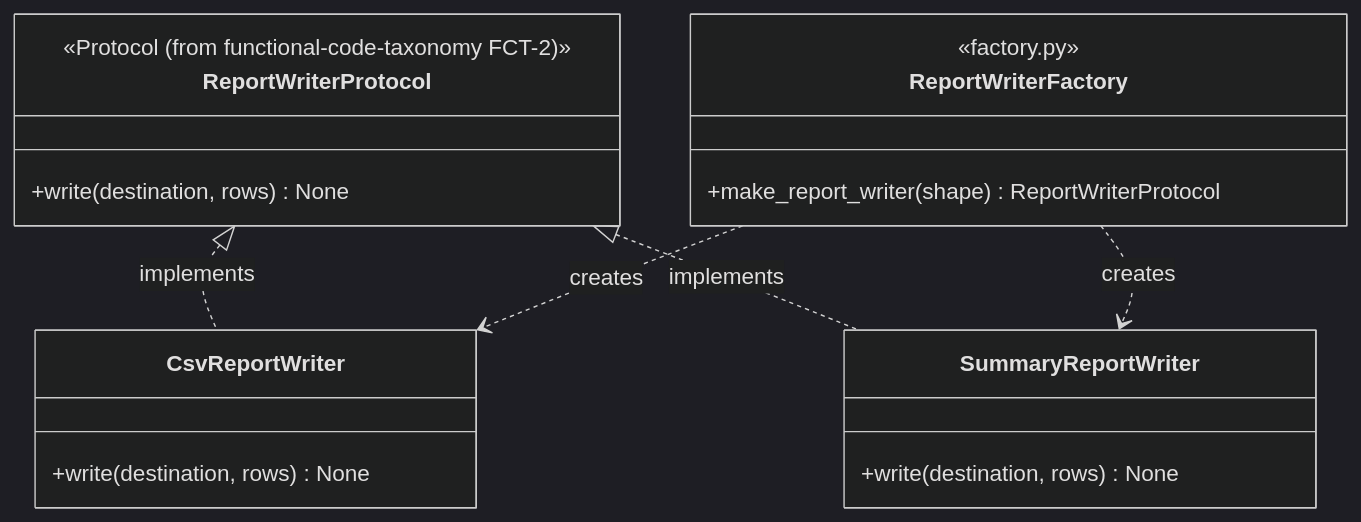
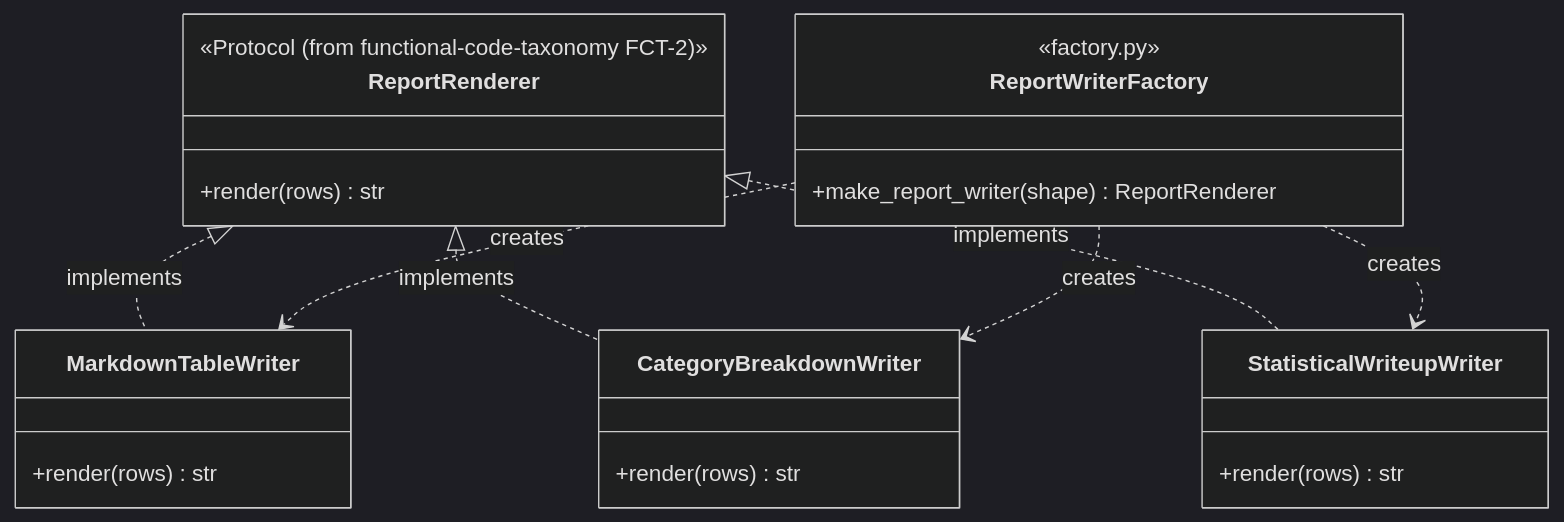
The fourth of 4 diagrams in docs/plan/src-lib-migration/report-render-lib-migration/stories.md (abhadrasyna/ih-trace-lab), drawn with Mermaid (dark theme) before and after one commit. The commit also changed other lines of this file and 3 other files, not shown here.

First line of the commit message:
feat(report_render): add Strategy-based report renderers

````diff
--- a/docs/plan/src-lib-migration/report-render-lib-migration/stories.md
+++ b/docs/plan/src-lib-migration/report-render-lib-migration/stories.md
@@ -127,21 +139,26 @@
 ```mermaid
 classDiagram
-    class ReportWriterProtocol {
+    class ReportRenderer {
         <<Protocol (from functional-code-taxonomy FCT-2)>>
-        +write(destination, rows) None
+        +render(rows) str
     }
-    class CsvReportWriter {
-        +write(destination, rows) None
+    class MarkdownTableWriter {
+        +render(rows) str
     }
-    class SummaryReportWriter {
-        +write(destination, rows) None
+    class CategoryBreakdownWriter {
+        +render(rows) str
+    }
+    class StatisticalWriteupWriter {
+        +render(rows) str
     }
     class ReportWriterFactory {
         <<factory.py>>
-        +make_report_writer(shape) ReportWriterProtocol
+        +make_report_writer(shape) ReportRenderer
     }
-    ReportWriterProtocol <|.. CsvReportWriter : implements
-    ReportWriterProtocol <|.. SummaryReportWriter : implements
-    ReportWriterFactory ..> CsvReportWriter : creates
-    ReportWriterFactory ..> SummaryReportWriter : creates
+    ReportRenderer <|.. MarkdownTableWriter : implements
+    ReportRenderer <|.. CategoryBreakdownWriter : implements
+    ReportRenderer <|.. StatisticalWriteupWriter : implements
+    ReportWriterFactory ..> MarkdownTableWriter : creates
+    ReportWriterFactory ..> CategoryBreakdownWriter : creates
+    ReportWriterFactory ..> StatisticalWriteupWriter : creates
 ```
````
